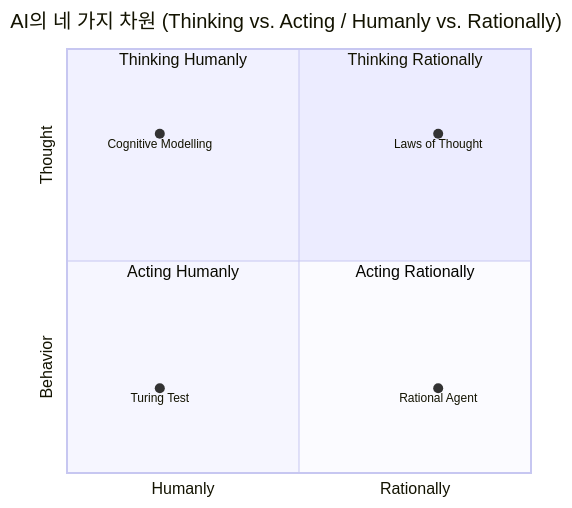
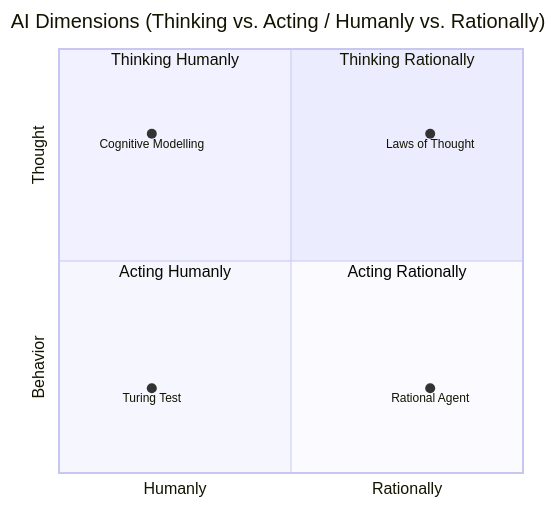
One commit to gracefullight/gracefullight.github.io changed the first of 2 diagrams in blog/2025/08/05/introduction-to-ai-001.md. Above: the diagram before and after it, drawn with Mermaid.

Commit message:
docs: 📚️ iai 001

````diff
--- a/blog/2025/08/05/introduction-to-ai-001.md
+++ b/blog/2025/08/05/introduction-to-ai-001.md
@@ -54,15 +54,15 @@
 ```mermaid
 quadrantChart
-    title AI의 네 가지 차원 (Thinking vs. Acting / Humanly vs. Rationally)
+    title AI Dimensions (Thinking vs. Acting / Humanly vs. Rationally)
     x-axis Humanly --> Rationally
     y-axis Behavior --> Thought
     quadrant-1 Thinking Rationally
     quadrant-2 Thinking Humanly
     quadrant-3 Acting Humanly
     quadrant-4 Acting Rationally
 
     Cognitive Modelling: [0.2, 0.8]
     Turing Test: [0.2, 0.2]
     Laws of Thought: [0.8, 0.8]
     Rational Agent: [0.8, 0.2]
 ```
````
